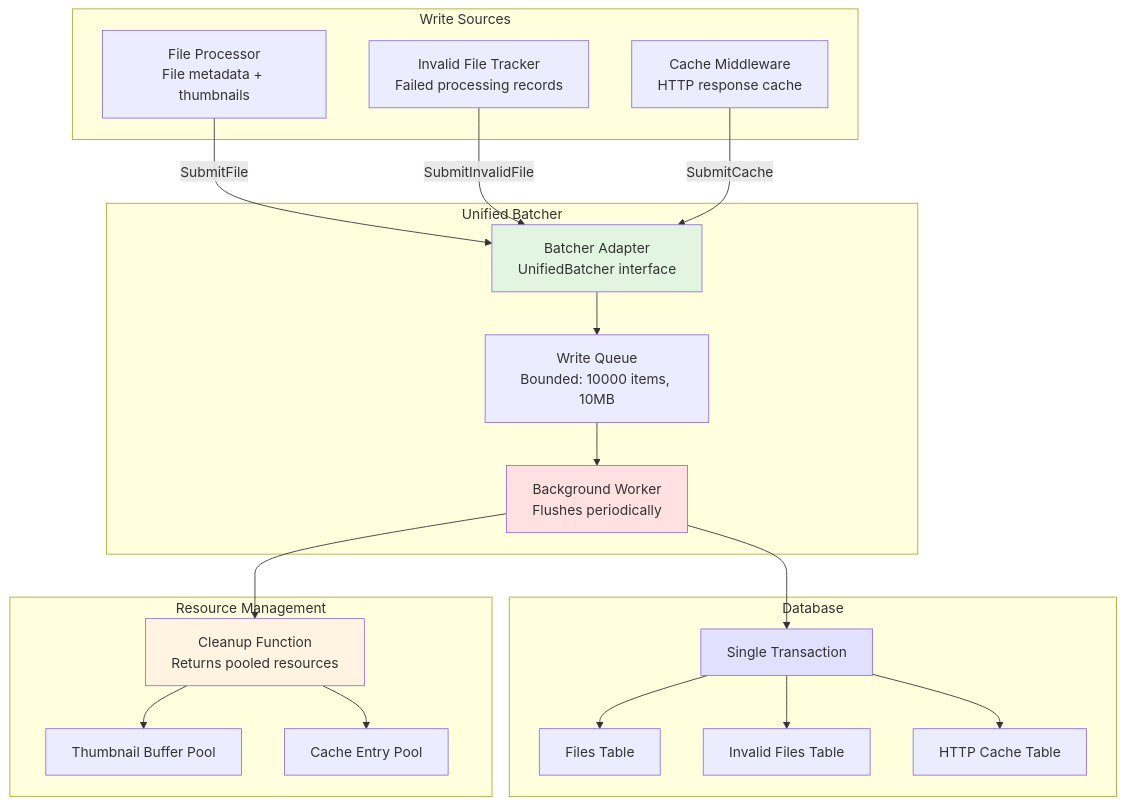
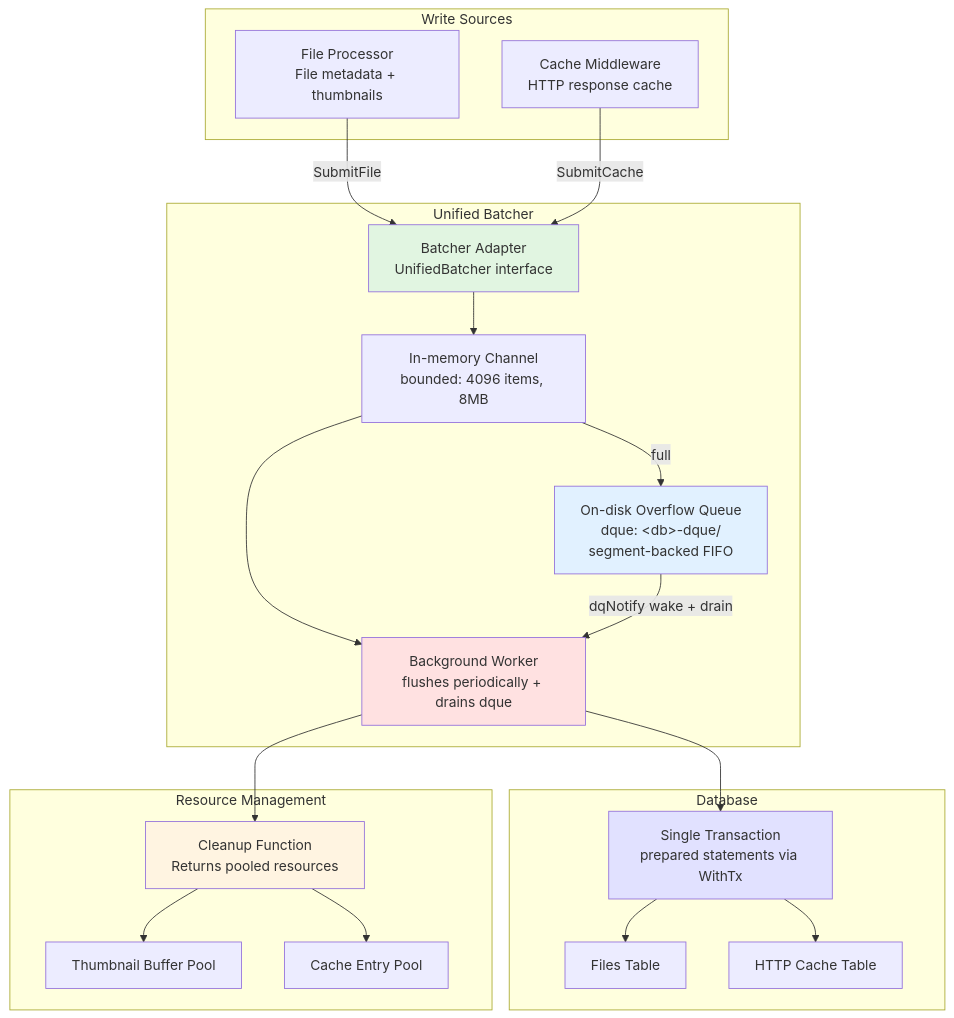
The fifth of 9 diagrams in docs/diagrams/ARCHITECTURE_DIAGRAMS.md (lbe/sfpg-go), drawn with Mermaid before and after one commit. The commit also changed other lines of this file and 80 other files, not shown here.

````diff
--- a/docs/diagrams/ARCHITECTURE_DIAGRAMS.md
+++ b/docs/diagrams/ARCHITECTURE_DIAGRAMS.md
@@ -200,48 +201,48 @@
 ```mermaid
 graph TB
     subgraph "Write Sources"
         FileProc[File Processor<br/>File metadata + thumbnails]
-        InvalidFile[Invalid File Tracker<br/>Failed processing records]
         CacheMW[Cache Middleware<br/>HTTP response cache]
     end
 
     subgraph "Unified Batcher"
         Adapter[Batcher Adapter<br/>UnifiedBatcher interface]
-        Queue[Write Queue<br/>Bounded: 10000 items, 10MB]
-        Worker[Background Worker<br/>Flushes periodically]
+        Channel[In-memory Channel<br/>bounded: 4096 items, 8MB]
+        DQue["On-disk Overflow Queue<br/>dque: &lt;db&gt;-dque/<br/>segment-backed FIFO"]
+        Worker[Background Worker<br/>flushes periodically + drains dque]
     end
 
     subgraph "Database"
-        Tx[Single Transaction]
+        Tx[Single Transaction<br/>prepared statements via WithTx]
         Files[Files Table]
-        Invalid[Invalid Files Table]
         Cache[HTTP Cache Table]
     end
 
     subgraph "Resource Management"
         Cleanup[Cleanup Function<br/>Returns pooled resources]
         ThumbnailPool[Thumbnail Buffer Pool]
         CachePool[Cache Entry Pool]
     end
 
     FileProc -->|SubmitFile| Adapter
-    InvalidFile -->|SubmitInvalidFile| Adapter
     CacheMW -->|SubmitCache| Adapter
 
-    Adapter --> Queue
-    Queue --> Worker
+    Adapter --> Channel
+    Channel -->|full| DQue
+    Channel --> Worker
+    DQue -->|dqNotify wake + drain| Worker
+
     Worker --> Tx
-
     Tx --> Files
-    Tx --> Invalid
     Tx --> Cache
 
     Worker --> Cleanup
     Cleanup --> ThumbnailPool
     Cleanup --> CachePool
 
     style Adapter fill:#e1f5e1
     style Worker fill:#ffe1e1
     style Tx fill:#e1e1ff
+    style DQue fill:#e1f1ff
     style Cleanup fill:#fff4e1
 ```
````
